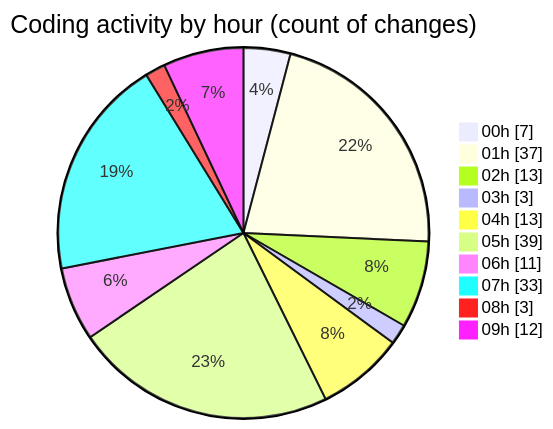
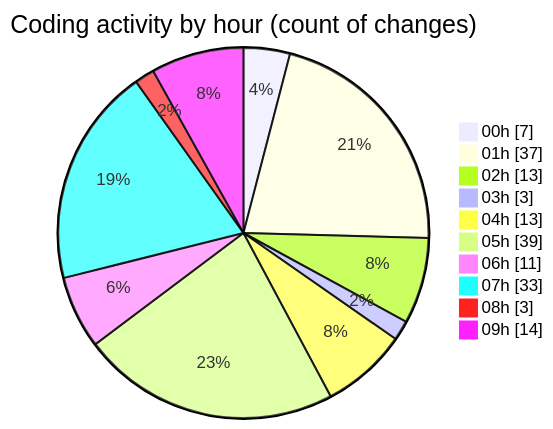
The second of 2 diagrams in 2025-02-23/micros/README.md (charlie-sans/code-tracking), drawn with Mermaid before and after one commit. The commit also changed other lines of this file and 1 other file, not shown here.

````diff
--- a/2025-02-23/micros/README.md
+++ b/2025-02-23/micros/README.md
@@ -69,14 +69,14 @@
 ```mermaid
 pie showData
 title Coding activity by hour (count of changes)
 "00h" : 7
 "01h" : 37
 "02h" : 13
 "03h" : 3
 "04h" : 13
 "05h" : 39
 "06h" : 11
 "07h" : 33
 "08h" : 3
-"09h" : 12
+"09h" : 14
 ```
````
